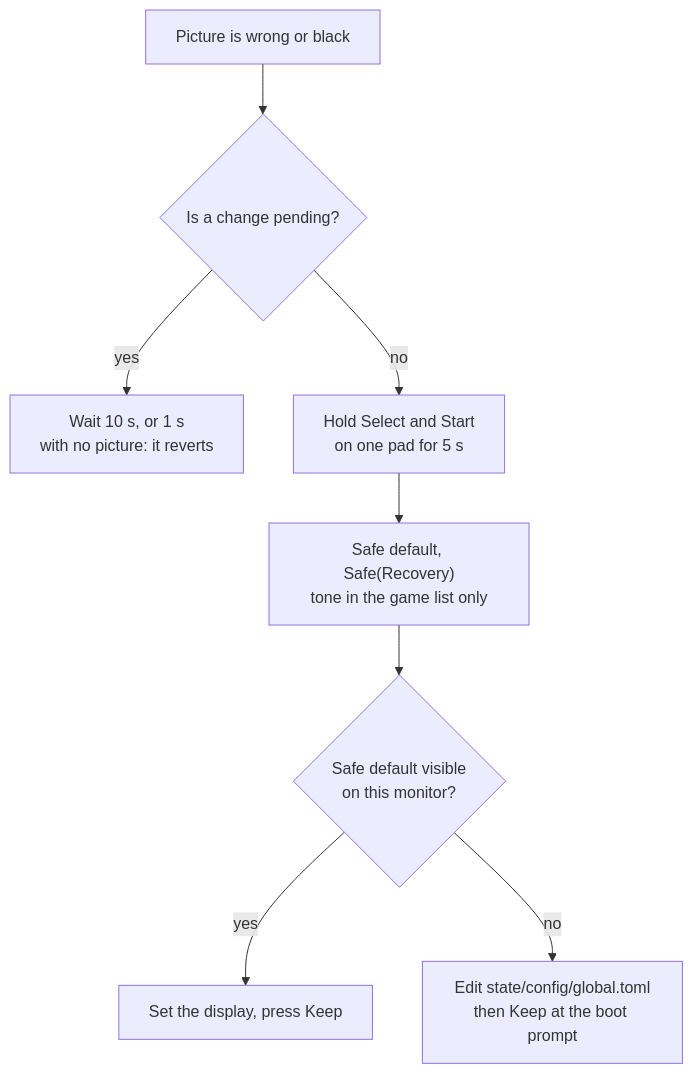
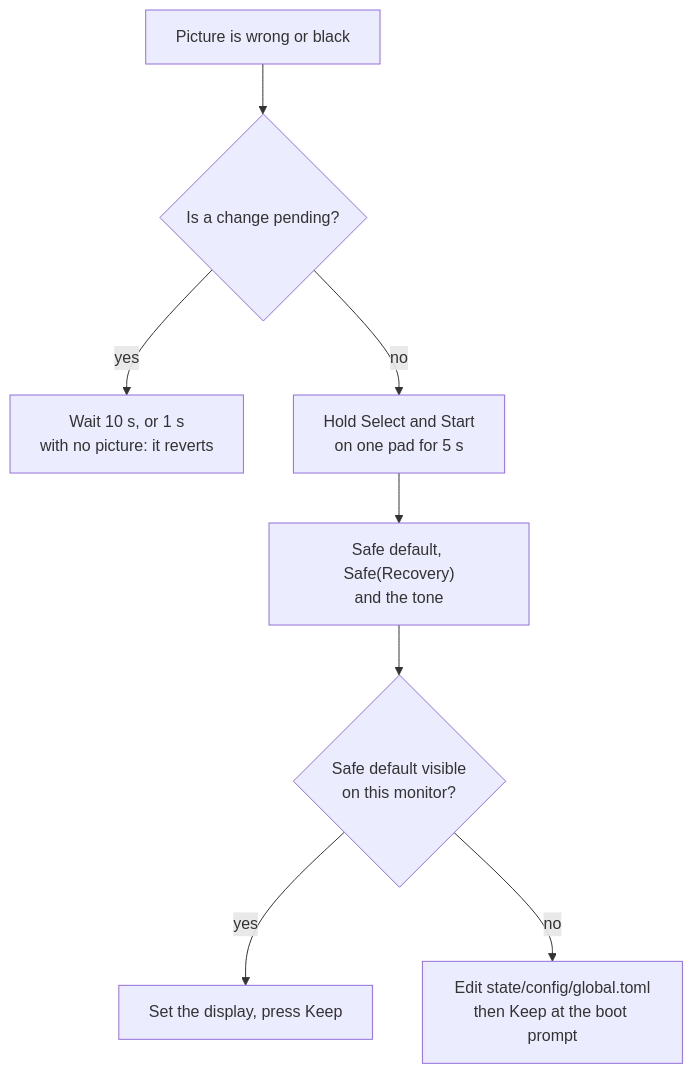
One commit to paologaleotti/neptron changed the second of 2 diagrams in docs/flows/10-what-happens-when.md. Above: the diagram before and after it, drawn with Mermaid. The commit also changed other lines of this file and 14 other files, not shown here.

````diff
--- a/docs/flows/10-what-happens-when.md
+++ b/docs/flows/10-what-happens-when.md
@@ -26,10 +26,10 @@
 ```mermaid
 flowchart TD
     X["Picture is wrong or black"] --> W{"Is a change pending?"}
     W -->|"yes"| T["Wait 10 s, or 1 s<br/>with no picture: it reverts"]
     W -->|"no"| H["Hold Select and Start<br/>on one pad for 5 s"]
-    H --> SM["Safe default, Safe(Recovery)<br/>tone in the game list only"]
+    H --> SM["Safe default, Safe(Recovery)<br/>and the tone"]
     SM --> V{"Safe default visible<br/>on this monitor?"}
     V -->|"yes"| K["Set the display, press Keep"]
     V -->|"no"| E["Edit state/config/global.toml<br/>then Keep at the boot prompt"]
 ```
````
